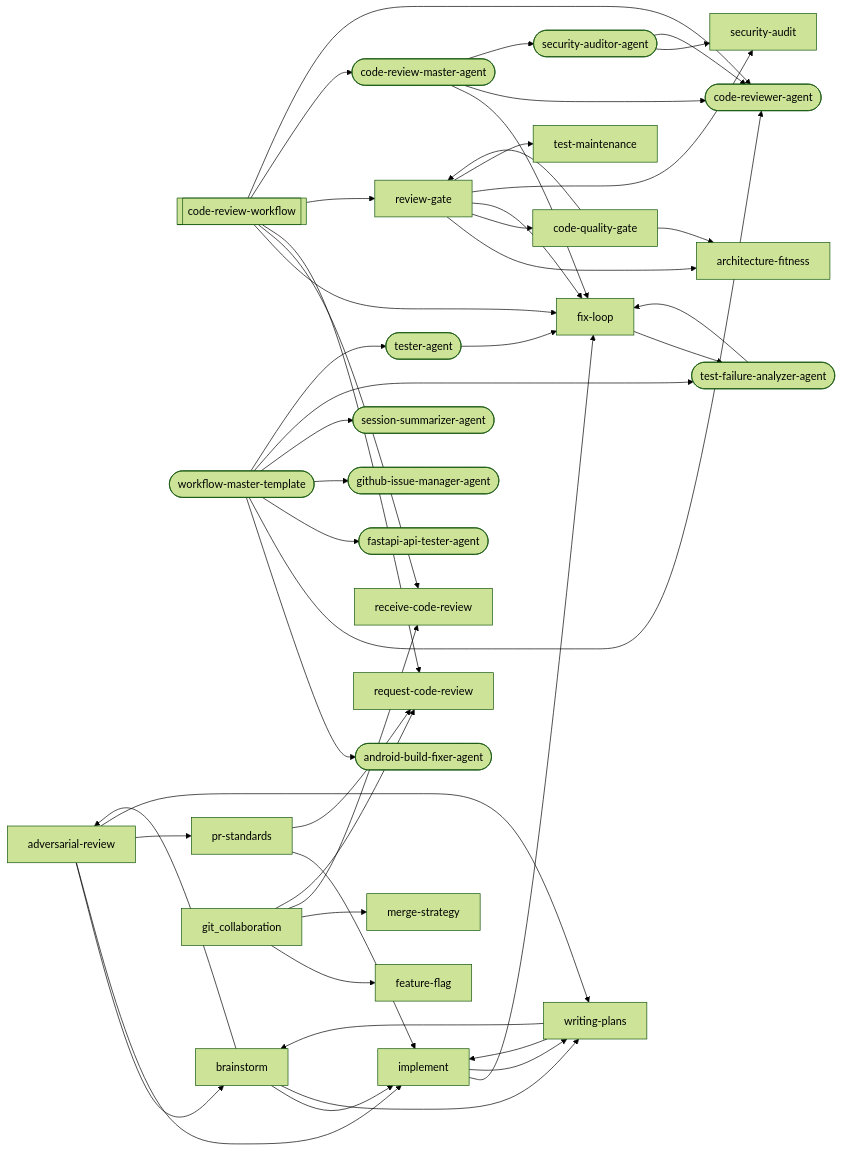
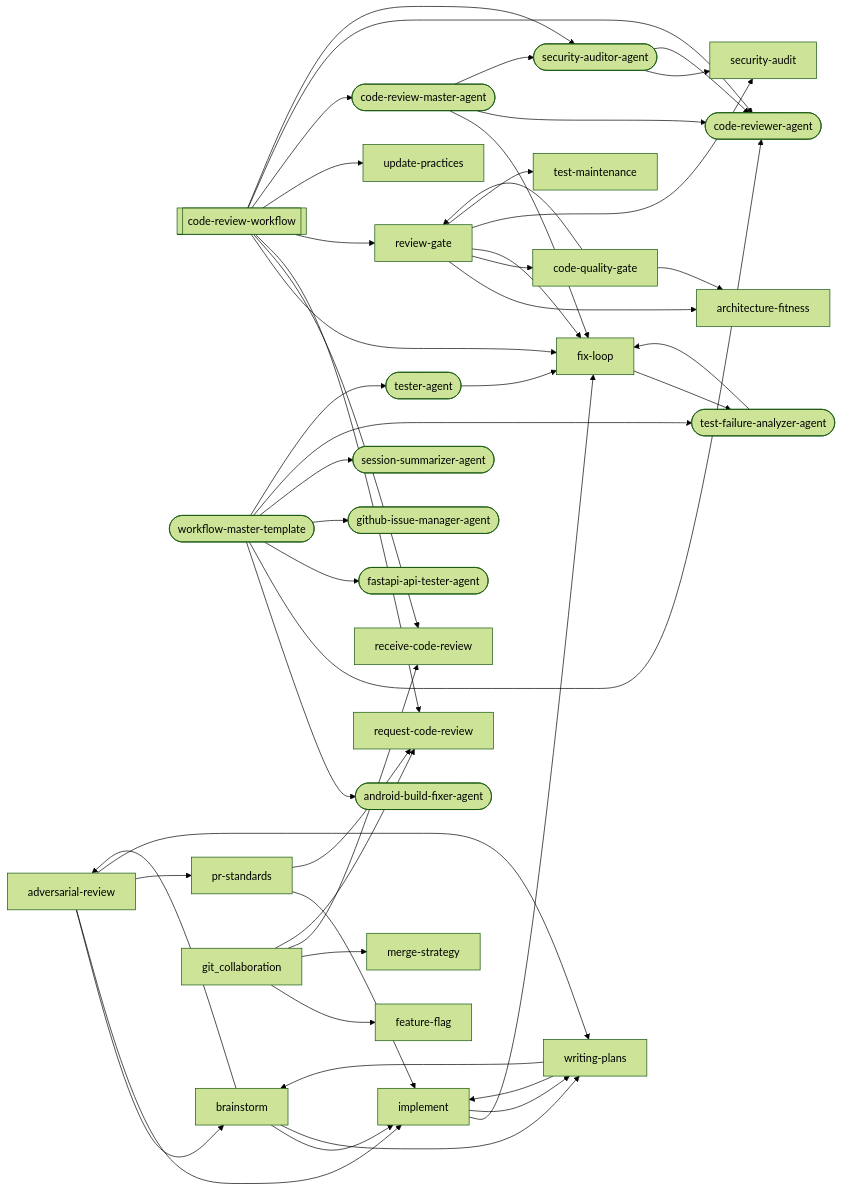
The third of 21 diagrams in docs/workflows/code-review.md (abhayla/claude-best-practices), drawn with Mermaid (forest theme) before and after one commit. The commit also changed other lines of this file and 12 other files, not shown here.

````diff
--- a/docs/workflows/code-review.md
+++ b/docs/workflows/code-review.md
@@ -510,74 +539,77 @@
 ```mermaid
 graph LR
     code_review_workflow[["code-review-workflow"]]
     workflow_master_template(["workflow-master-template"])
     adversarial_review["adversarial-review"]
     android_build_fixer_agent(["android-build-fixer-agent"])
     architecture_fitness["architecture-fitness"]
     brainstorm["brainstorm"]
     code_quality_gate["code-quality-gate"]
     code_review_master_agent(["code-review-master-agent"])
     code_reviewer_agent(["code-reviewer-agent"])
     fastapi_api_tester_agent(["fastapi-api-tester-agent"])
     feature_flag["feature-flag"]
     fix_loop["fix-loop"]
     github_issue_manager_agent(["github-issue-manager-agent"])
     implement["implement"]
     merge_strategy["merge-strategy"]
     pr_standards["pr-standards"]
     receive_code_review["receive-code-review"]
     request_code_review["request-code-review"]
     review_gate["review-gate"]
     security_audit["security-audit"]
     security_auditor_agent(["security-auditor-agent"])
     session_summarizer_agent(["session-summarizer-agent"])
     test_failure_analyzer_agent(["test-failure-analyzer-agent"])
     test_maintenance["test-maintenance"]
     tester_agent(["tester-agent"])
+    update_practices["update-practices"]
     writing_plans["writing-plans"]
     adversarial_review --> brainstorm
     adversarial_review --> implement
     adversarial_review --> pr_standards
     adversarial_review --> writing_plans
     brainstorm --> adversarial_review
     brainstorm --> implement
     brainstorm --> writing_plans
     code_quality_gate --> architecture_fitness
     code_quality_gate --> review_gate
     code_review_workflow --> fix_loop
     code_review_workflow --> receive_code_review
     code_review_workflow --> request_code_review
     code_review_workflow --> review_gate
+    code_review_workflow --> update_practices
     code_review_workflow --> code_review_master_agent
     code_review_workflow --> code_reviewer_agent
+    code_review_workflow --> security_auditor_agent
     fix_loop --> test_failure_analyzer_agent
     implement --> fix_loop
     implement --> writing_plans
     pr_standards --> implement
     pr_standards --> request_code_review
     review_gate --> architecture_fitness
     review_gate --> code_quality_gate
     review_gate --> fix_loop
     review_gate --> security_audit
     review_gate --> test_maintenance
     writing_plans --> brainstorm
     writing_plans --> implement
     code_review_master_agent --> fix_loop
     code_review_master_agent --> code_reviewer_agent
     code_review_master_agent --> security_auditor_agent
     security_auditor_agent --> security_audit
     security_auditor_agent --> code_reviewer_agent
     test_failure_analyzer_agent --> fix_loop
     tester_agent --> fix_loop
     workflow_master_template --> android_build_fixer_agent
     workflow_master_template --> code_reviewer_agent
     workflow_master_template --> fastapi_api_tester_agent
     workflow_master_template --> github_issue_manager_agent
     workflow_master_template --> session_summarizer_agent
     workflow_master_template --> test_failure_analyzer_agent
     workflow_master_template --> tester_agent
     git_collaboration --> feature_flag
     git_collaboration --> merge_strategy
     git_collaboration --> receive_code_review
     git_collaboration --> request_code_review
 ```
````
